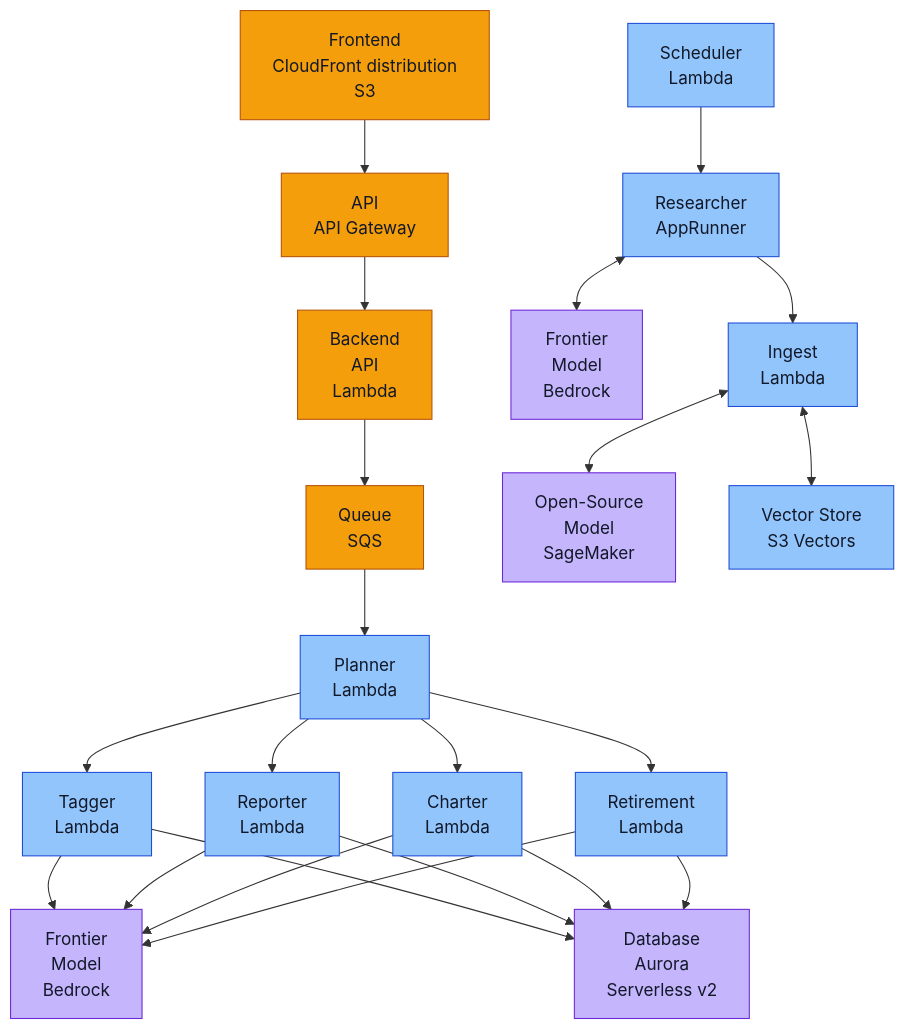
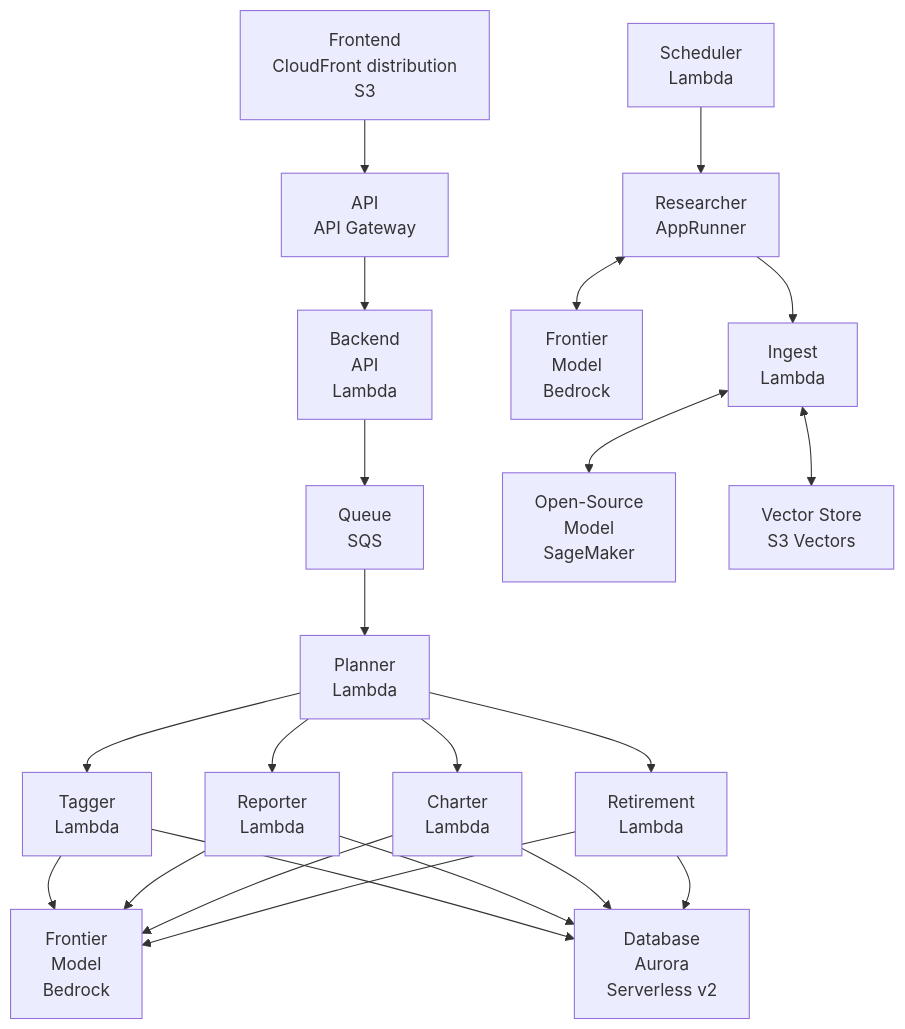
The diagram in aws/README.md (aditya-caltechie/ai_financial_planner), drawn with Mermaid before and after one commit. The commit also changed other lines of this file, not shown here.

````diff
--- a/aws/README.md
+++ b/aws/README.md
@@ -27,46 +34,37 @@
 ```mermaid
 flowchart TB
-  %% Left: user-facing request path
+  %% User-facing request path
   CF["Frontend\nCloudFront distribution\nS3"] --> APIGW["API\nAPI Gateway"] --> API["Backend\nAPI\nLambda"] --> SQS["Queue\nSQS"] --> PLANNER["Planner\nLambda"]
 
   %% Planner fans out to specialists
   PLANNER --> TAGGER["Tagger\nLambda"]
   PLANNER --> REPORTER["Reporter\nLambda"]
   PLANNER --> CHARTER["Charter\nLambda"]
   PLANNER --> RETIREMENT["Retirement\nLambda"]
 
   %% Shared dependencies for the agent group
   BEDROCK_LEFT["Frontier\nModel\nBedrock"]
   AURORA["Database\nAurora\nServerless v2"]
 
   TAGGER --> BEDROCK_LEFT
   REPORTER --> BEDROCK_LEFT
   CHARTER --> BEDROCK_LEFT
   RETIREMENT --> BEDROCK_LEFT
 
   TAGGER --> AURORA
   REPORTER --> AURORA
   CHARTER --> AURORA
   RETIREMENT --> AURORA
 
-  %% Right: research/ingest/vector lane
+  %% Research/ingest/vector lane
   SCHED["Scheduler\nLambda"] --> RESEARCHER["Researcher\nAppRunner"]
   BEDROCK_RIGHT["Frontier\nModel\nBedrock"]
   OSS_EMBED["Open-Source\nModel\nSageMaker"]
   INGEST["Ingest\nLambda"]
   VSTORE["Vector Store\nS3 Vectors"]
 
   RESEARCHER <--> BEDROCK_RIGHT
   RESEARCHER --> INGEST
   INGEST <--> VSTORE
   INGEST <--> OSS_EMBED
-
-  %% Styling (approximate the course colors)
-  classDef orange fill:#f59e0b,stroke:#b45309,color:#111827;
-  classDef blue fill:#93c5fd,stroke:#1d4ed8,color:#111827;
-  classDef purple fill:#c4b5fd,stroke:#6d28d9,color:#111827;
-
-  class CF,APIGW,API,SQS orange;
-  class PLANNER,TAGGER,REPORTER,CHARTER,RETIREMENT,SCHED,RESEARCHER,INGEST,VSTORE blue;
-  class BEDROCK_LEFT,BEDROCK_RIGHT,OSS_EMBED,AURORA purple;
 ```
````
